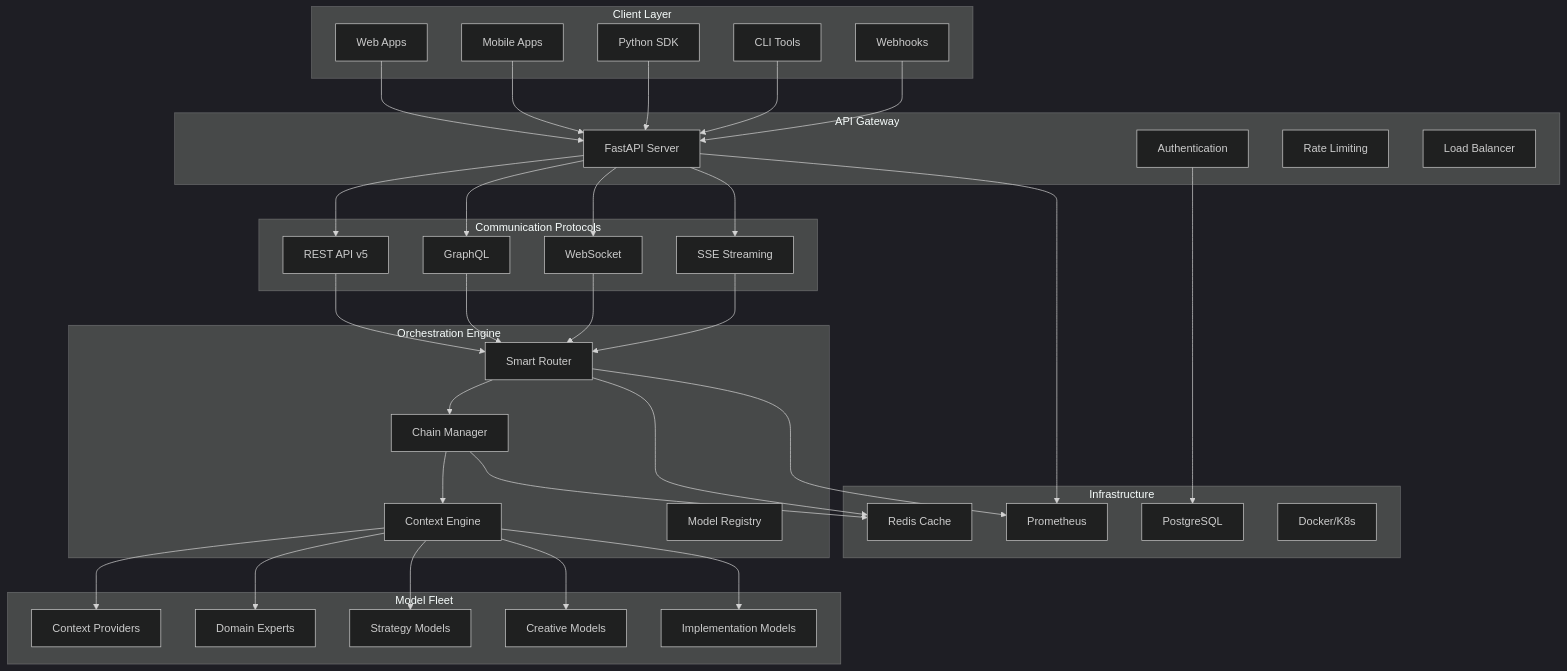
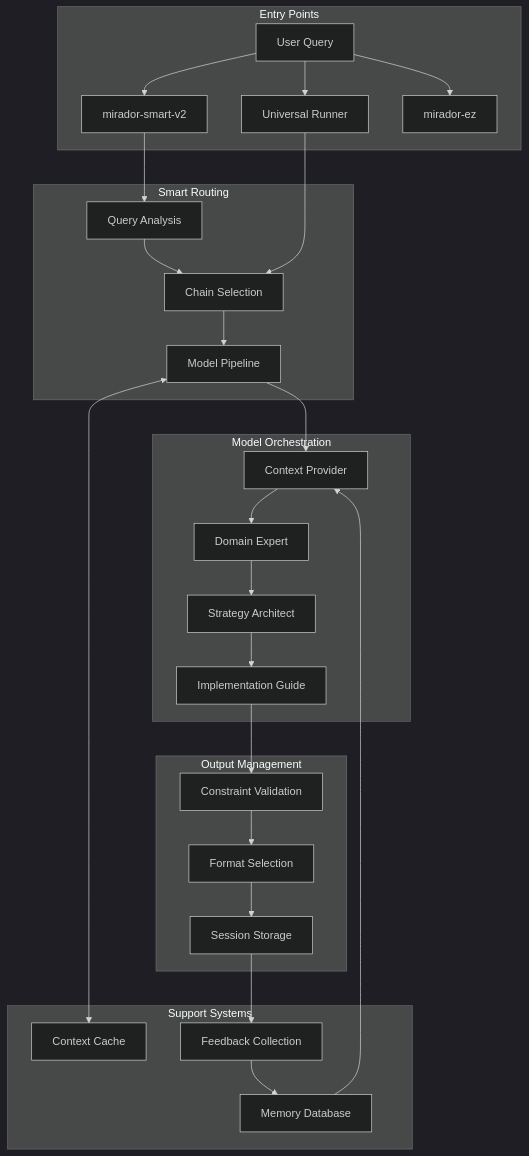
The diagram in README.md (guitargnar/mirador), drawn with Mermaid (dark theme) before and after one commit. The commit also changed other lines of this file and 36 other files, not shown here.

````diff
--- a/README.md
+++ b/README.md
@@ -80,55 +32,45 @@
 ```mermaid
 graph TB
-    subgraph "Client Layer"
-        A1[Web Apps] 
-        A2[Mobile Apps]
-        A3[Python SDK]
-        A4[CLI Tools]
-        A5[Webhooks]
+    subgraph "Entry Points"
+        A[User Query]
+        B[mirador-smart-v2]
+        C[Universal Runner]
+        D[mirador-ez]
     end
     
-    subgraph "API Gateway"
-        B1[FastAPI Server]
-        B2[Authentication]
-        B3[Rate Limiting]
-        B4[Load Balancer]
+    subgraph "Smart Routing"
+        E[Query Analysis]
+        F[Chain Selection]
+        G[Model Pipeline]
     end
     
-    subgraph "Communication Protocols"
-        C1[REST API v5]
-        C2[GraphQL]
-        C3[WebSocket]
-        C4[SSE Streaming]
+    subgraph "Model Orchestration"
+        H[Context Provider]
+        I[Domain Expert]
+        J[Strategy Architect]
+        K[Implementation Guide]
     end
     
-    subgraph "Orchestration Engine"
-        D1[Smart Router]
-        D2[Chain Manager]
-        D3[Context Engine]
-        D4[Model Registry]
+    subgraph "Output Management"
+        L[Constraint Validation]
+        M[Format Selection]
+        N[Session Storage]
     end
     
-    subgraph "Model Fleet"
-        E1[Context Providers]
-        E2[Domain Experts]
-        E3[Strategy Models]
-        E4[Creative Models]
-        E5[Implementation Models]
+    subgraph "Support Systems"
+        O[Context Cache]
+        P[Feedback Collection]
+        Q[Memory Database]
     end
     
-    subgraph "Infrastructure"
-        F1[Redis Cache]
-        F2[PostgreSQL]
-        F3[Prometheus]
-        F4[Docker/K8s]
-    end
+    A --> B & C & D
+    B --> E --> F
+    C --> F
+    F --> G --> H
+    H --> I --> J --> K
+    K --> L --> M --> N
     
-    A1 & A2 & A3 & A4 & A5 --> B1
-    B1 --> C1 & C2 & C3 & C4
-    C1 & C2 & C3 & C4 --> D1
-    D1 --> D2 --> D3
-    D3 --> E1 & E2 & E3 & E4 & E5
-    D1 & D2 --> F1
-    B2 --> F2
-    B1 & D1 --> F3
+    G <--> O
+    N --> P --> Q
+    Q --> H
 ```
````
